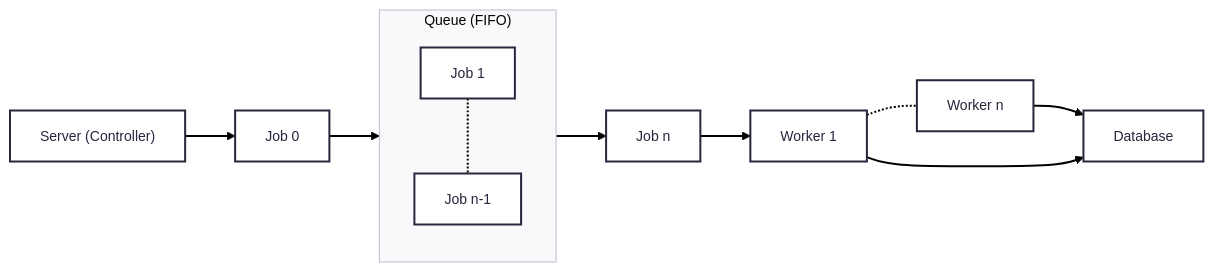
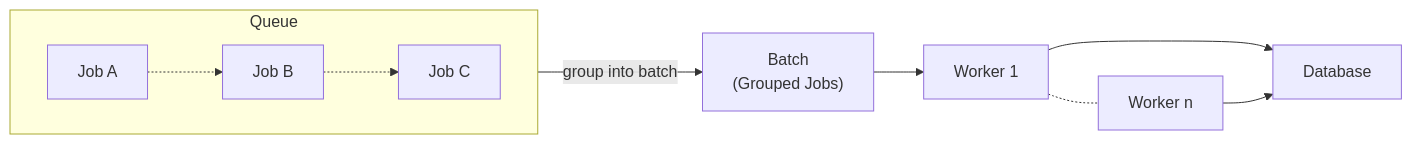
One commit to SamyBakiri/node-test changed the second of 2 diagrams in README.md. Above: the diagram before and after it, drawn with Mermaid. The commit also changed other lines of this file, not shown here.

Commit message:
Enhance README with batch processing and worker details
Added explanations for batch processing and worker roles in background jobs.

````diff
--- a/README.md
+++ b/README.md
@@ -17,29 +30,12 @@
 ```mermaid
----
-config:
-  theme: redux
-  layout: fixed
----
 flowchart LR
- subgraph s1["Queue (FIFO)"]
-        n1["Job 1"]
-        n4["Job n-1"]
-  end
-    n5["Job 0"] --> s1
-    n6["Server (Controller)"] --> n5
-    n1 -.- n4
-    n7["Worker 1"] -.- n8["Worker n"]
-    s1 --> n9["Job n"]
-    n9 --> n7
-    n8 --> n10["Database"]
-    n7 --> n10
-
-    n1@{ shape: rect}
-    n4@{ shape: rect}
-    n5@{ shape: rect}
-    n6@{ shape: rect}
-    n7@{ shape: proc}
-    n8@{ shape: proc}
-    n9@{ shape: proc}
-    n10@{ shape: proc}
+    subgraph QueueQ [Queue]
+      direction LR
+      Q1["Job A"] -.-> Q2["Job B"] -.-> Q3["Job C"]
+    end
+    QueueQ -- group into batch --> Batch["Batch<br/>(Grouped Jobs)"]
+    Batch --> Process1["Worker 1"]
+    Process1 -.- Process2["Worker n"]
+    Process1 --> Database["Database"]
+    Process2 --> Database["Database"]
 ```
````
